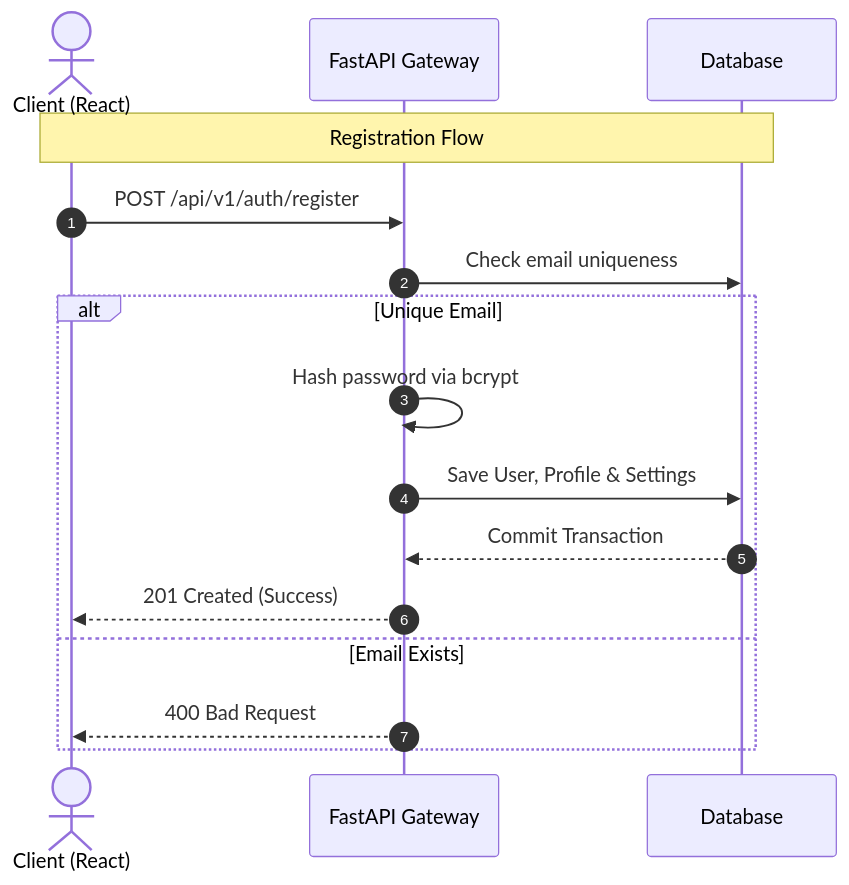
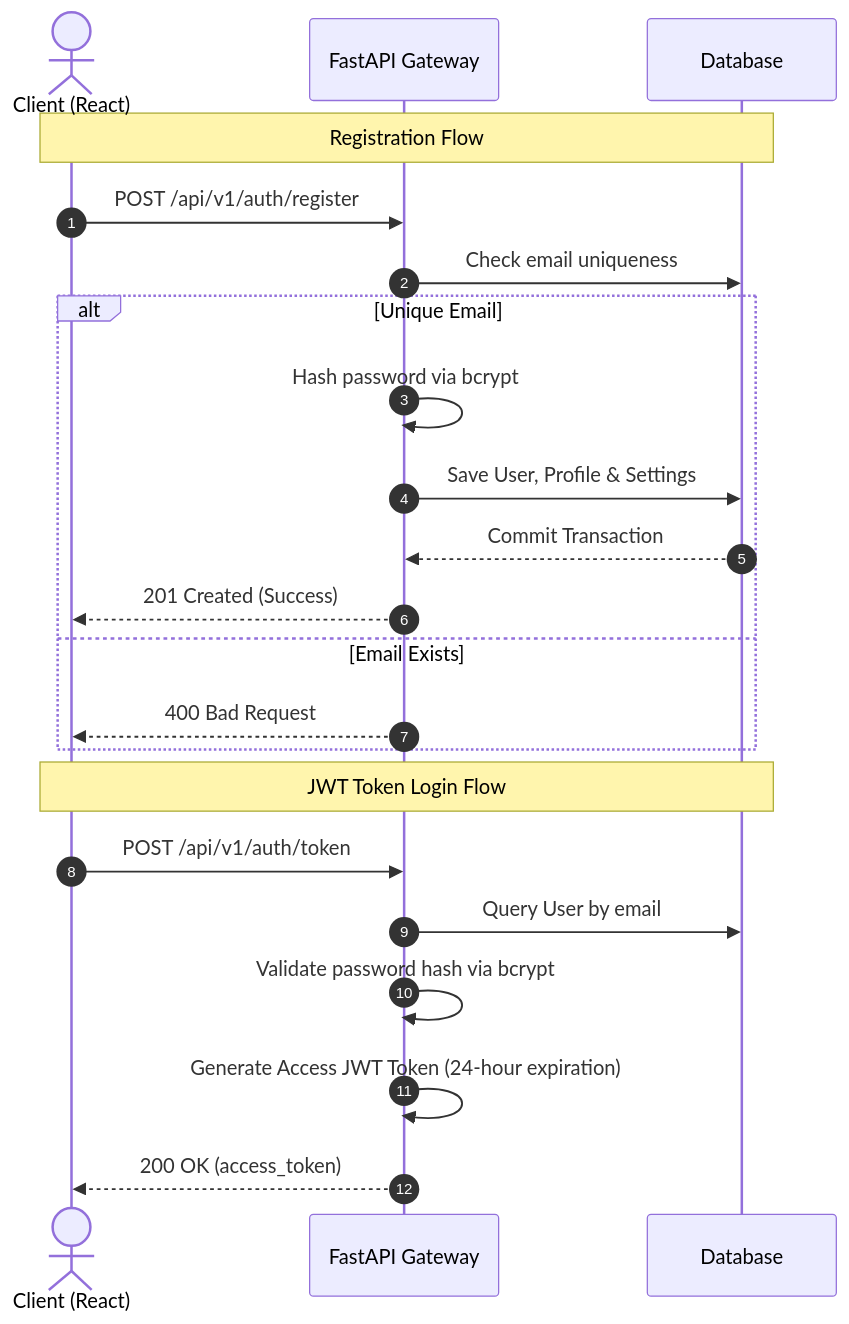
One commit to Arvindtechicon/SignLingo-AI changed the fourth of 4 diagrams in README.md. Above: the diagram before and after it, drawn with Mermaid. The commit also changed other lines of this file, not shown here.

Commit message:
docs: restore Milestone 1 architecture, session tables and JWT login sequence diagrams

````diff
--- a/README.md
+++ b/README.md
@@ -70,19 +100,26 @@
 ```mermaid
 sequenceDiagram
     autonumber
     actor Client as Client (React)
     participant API as FastAPI Gateway
     participant DB as Database
 
     Note over Client, DB: Registration Flow
     Client->>API: POST /api/v1/auth/register
     API->>DB: Check email uniqueness
     alt Unique Email
         API->>API: Hash password via bcrypt
         API->>DB: Save User, Profile & Settings
         DB-->>API: Commit Transaction
         API-->>Client: 201 Created (Success)
     else Email Exists
         API-->>Client: 400 Bad Request
     end
+
+    Note over Client, DB: JWT Token Login Flow
+    Client->>API: POST /api/v1/auth/token
+    API->>DB: Query User by email
+    API->>API: Validate password hash via bcrypt
+    API->>API: Generate Access JWT Token (24-hour expiration)
+    API-->>Client: 200 OK (access_token)
 ```
````
